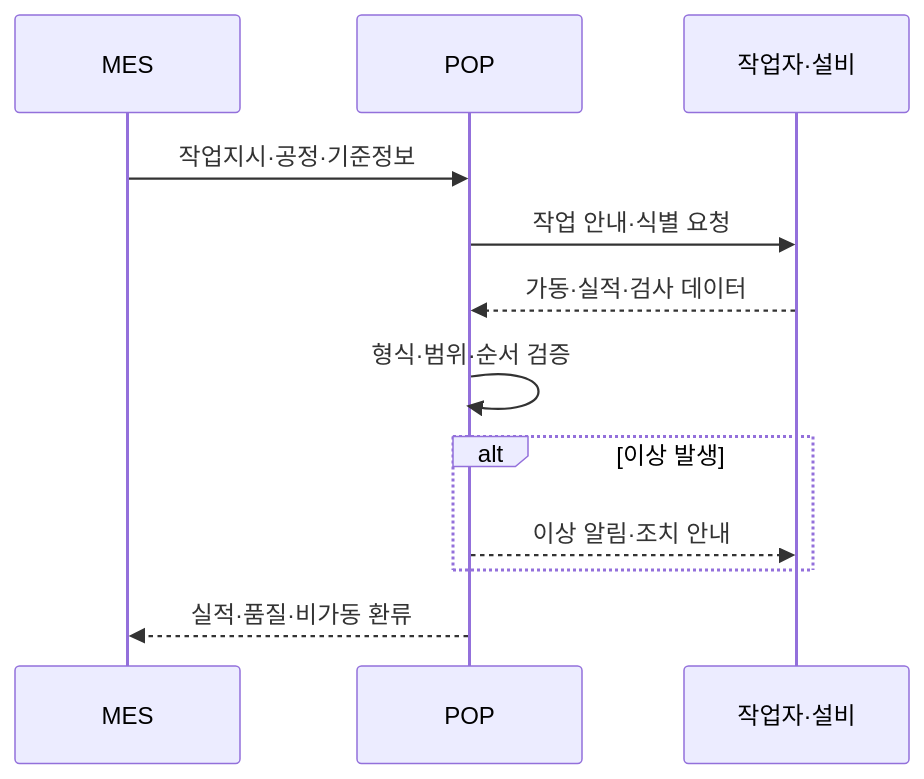
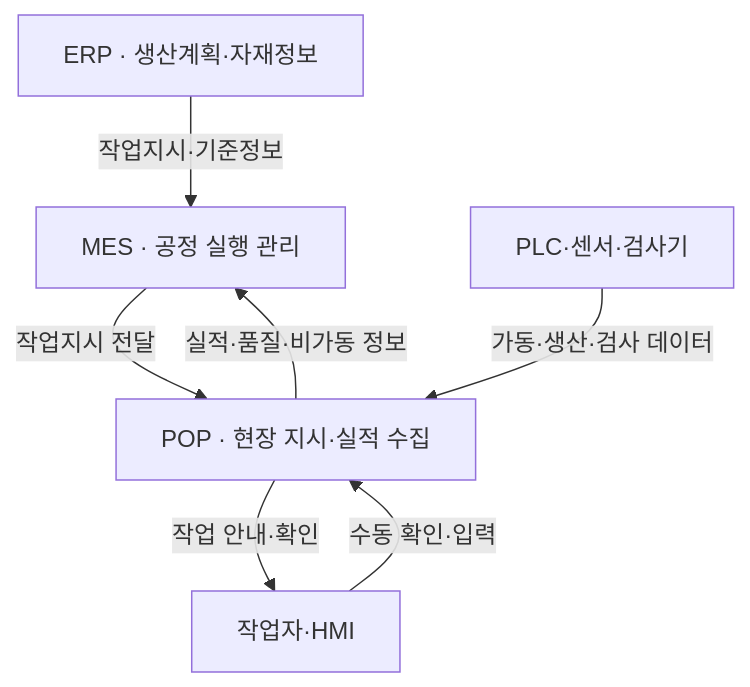
One commit to agnusdei1207/study changed the first of 2 diagrams in src/content/docs/notes/itpe/01-it-strategy/038_pop.md. Above: the diagram before and after it, drawn with Mermaid. The commit also changed other lines of this file, not shown here.

Commit message:
Revise POP study note

````diff
--- a/src/content/docs/notes/itpe/01-it-strategy/038_pop.md
+++ b/src/content/docs/notes/itpe/01-it-strategy/038_pop.md
@@ -87,14 +58,9 @@
 ```mermaid
-sequenceDiagram
-    participant M as MES
-    participant P as POP
-    participant O as 작업자·설비
-    M->>P: 작업지시·공정·기준정보
-    P->>O: 작업 안내·식별 요청
-    O-->>P: 가동·실적·검사 데이터
-    P->>P: 형식·범위·순서 검증
-    alt 이상 발생
-        P-->>O: 이상 알림·조치 안내
-    end
-    P-->>M: 실적·품질·비가동 환류
+flowchart TD
+    E["ERP · 생산계획·자재정보"] -->|작업지시·기준정보| M["MES · 공정 실행 관리"]
+    M -->|작업지시 전달| P["POP · 현장 지시·실적 수집"]
+    P -->|작업 안내·확인| H["작업자·HMI"]
+    L["PLC·센서·검사기"] -->|가동·생산·검사 데이터| P
+    H -->|수동 확인·입력| P
+    P -->|실적·품질·비가동 정보| M
 ```
````
